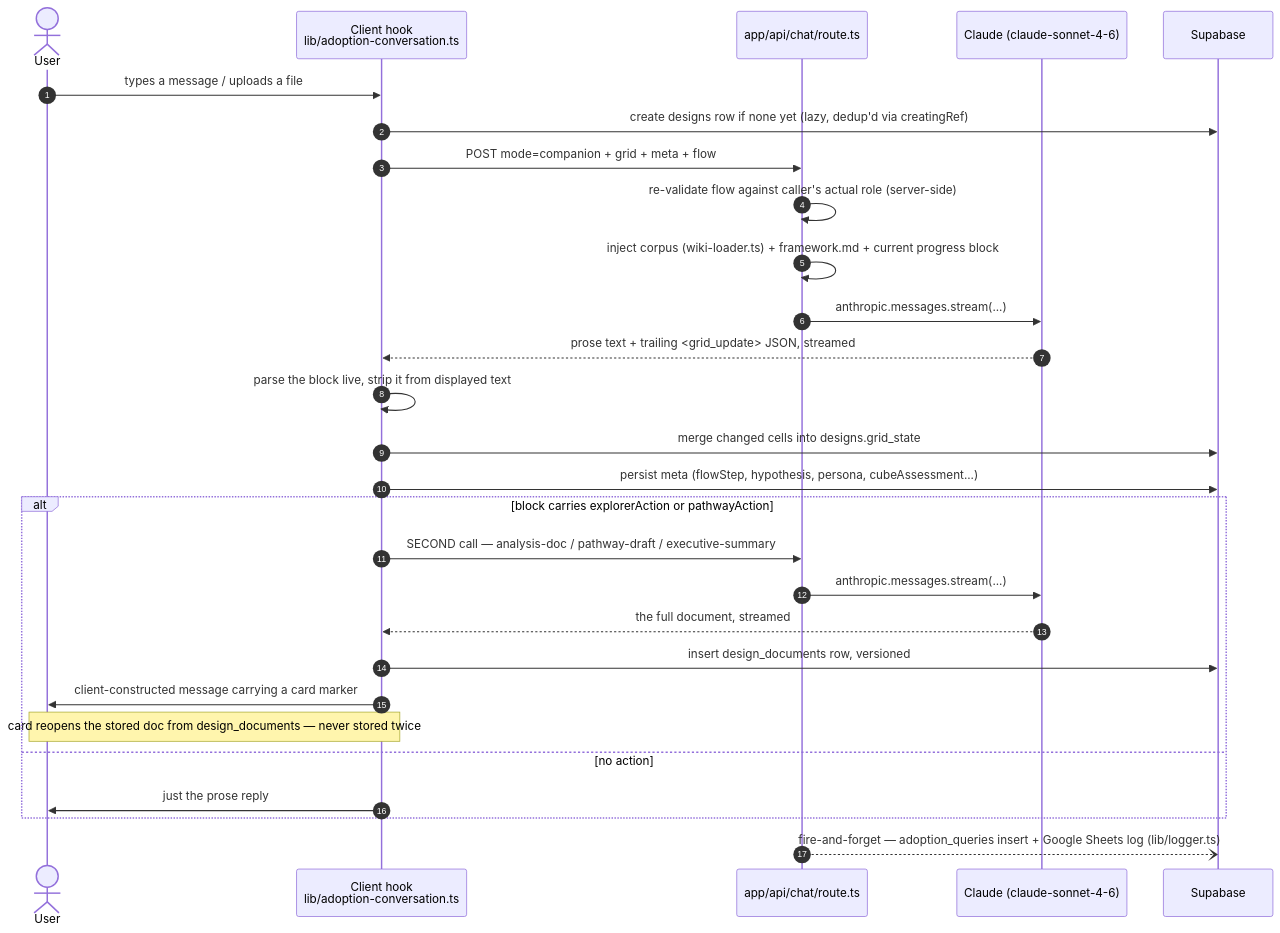
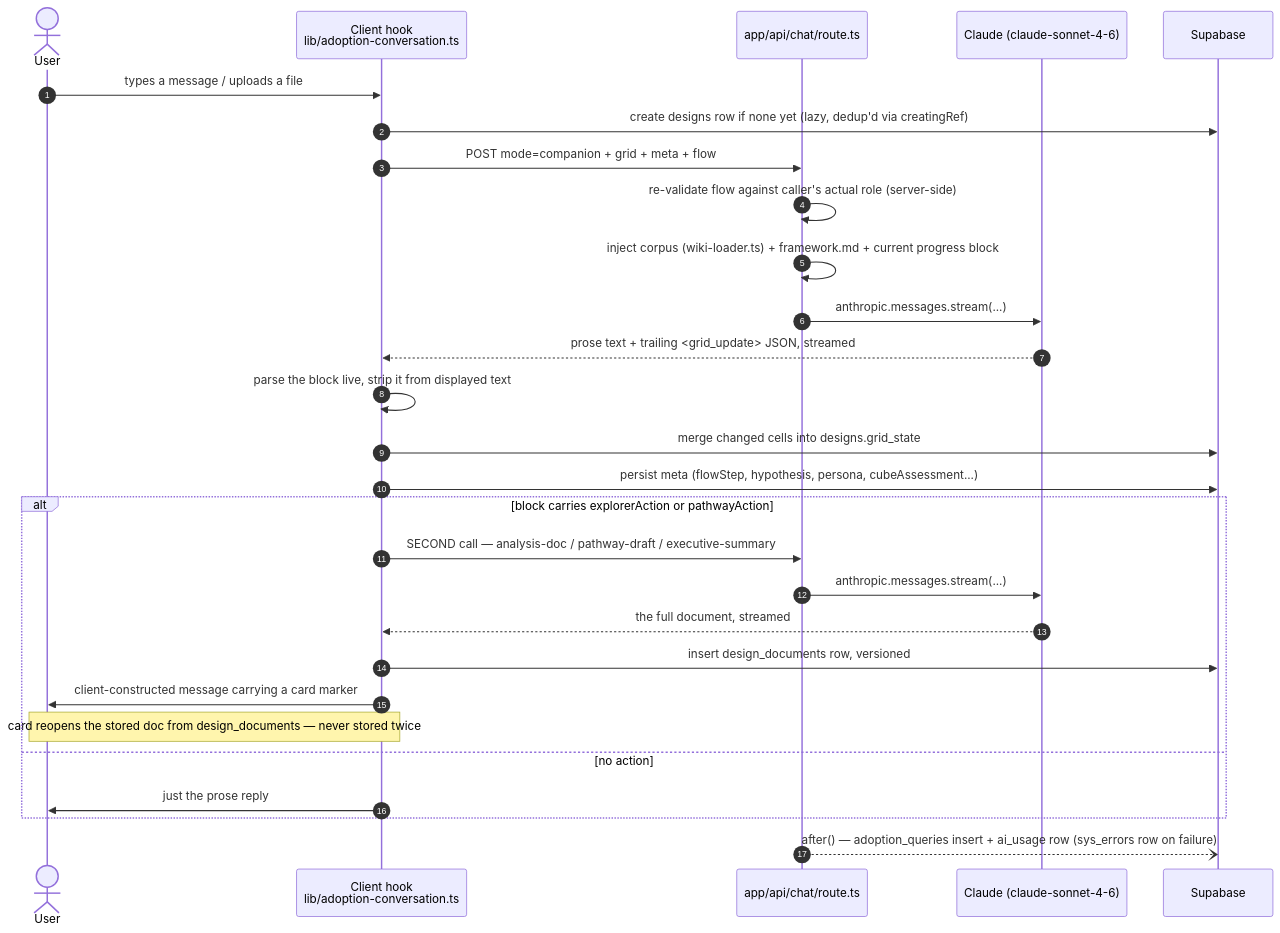
The first of 3 diagrams in docs/wiki/diffusion-cube/architecture/sequence-diagrams.md (SwanandAI/diffusion-cube), drawn with Mermaid before and after one commit. The commit also changed 108 other files, not shown here.

````diff
--- a/docs/wiki/diffusion-cube/architecture/sequence-diagrams.md
+++ b/docs/wiki/diffusion-cube/architecture/sequence-diagrams.md
@@ -9,33 +9,33 @@
 ```mermaid
 sequenceDiagram
     autonumber
     actor U as User
     participant C as Client hook<br/>lib/adoption-conversation.ts
     participant R as app/api/chat/route.ts
     participant M as Claude (claude-sonnet-4-6)
     participant DB as Supabase
 
     U->>C: types a message / uploads a file
     C->>DB: create designs row if none yet (lazy, dedup'd via creatingRef)
     C->>R: POST mode=companion + grid + meta + flow
     R->>R: re-validate flow against caller's actual role (server-side)
     R->>R: inject corpus (wiki-loader.ts) + framework.md + current progress block
     R->>M: anthropic.messages.stream(...)
     M-->>C: prose text + trailing <grid_update> JSON, streamed
     C->>C: parse the block live, strip it from displayed text
     C->>DB: merge changed cells into designs.grid_state
     C->>DB: persist meta (flowStep, hypothesis, persona, cubeAssessment...)
 
     alt block carries explorerAction or pathwayAction
         C->>R: SECOND call — analysis-doc / pathway-draft / executive-summary
         R->>M: anthropic.messages.stream(...)
         M-->>C: the full document, streamed
         C->>DB: insert design_documents row, versioned
         C->>U: client-constructed message carrying a card marker
         Note over U,C: card reopens the stored doc from design_documents — never stored twice
     else no action
         C->>U: just the prose reply
     end
 
-    R--)DB: fire-and-forget — adoption_queries insert + Google Sheets log (lib/logger.ts)
+    R--)DB: after() — adoption_queries insert + ai_usage row (sys_errors row on failure)
 ```
````
